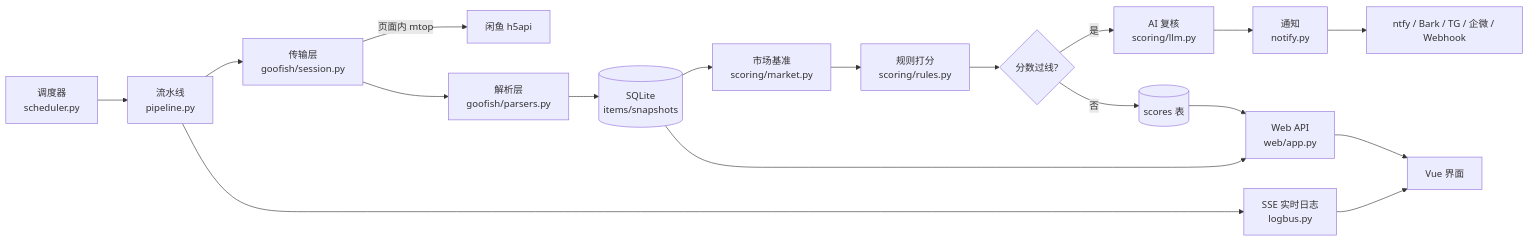
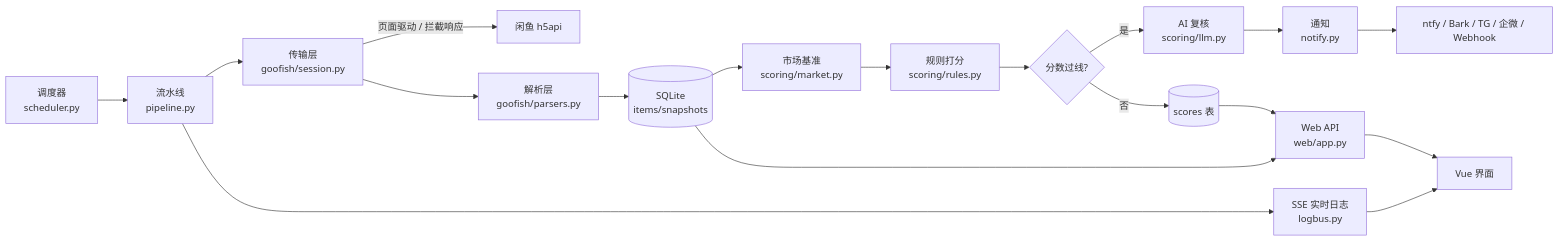
Before and after one commit to HRuiCcc/RuiC-GoofishHunter: the diagram in docs/ARCHITECTURE.md, drawn with Mermaid. The commit also changed 2 other files, not shown here.

Commit message:
docs: 抓取口径改为页面驱动 + 响应拦截

````diff
--- a/docs/ARCHITECTURE.md
+++ b/docs/ARCHITECTURE.md
@@ -13,20 +13,20 @@
 ```mermaid
 flowchart LR
     A[调度器<br/>scheduler.py] --> B[流水线<br/>pipeline.py]
     B --> C[传输层<br/>goofish/session.py]
-    C -->|页面内 mtop| D[闲鱼 h5api]
+    C -->|页面驱动 / 拦截响应| D[闲鱼 h5api]
     C --> E[解析层<br/>goofish/parsers.py]
     E --> F[(SQLite<br/>items/snapshots)]
     F --> G[市场基准<br/>scoring/market.py]
     G --> H[规则打分<br/>scoring/rules.py]
     H --> I{分数过线?}
     I -- 是 --> J[AI 复核<br/>scoring/llm.py]
     J --> K[通知<br/>notify.py]
     I -- 否 --> L[(scores 表)]
     K --> M[ntfy / Bark / TG / 企微 / Webhook]
     F --> N[Web API<br/>web/app.py]
     L --> N
     N --> O[Vue 界面]
     B --> P[SSE 实时日志<br/>logbus.py]
     P --> O
 ```
````
